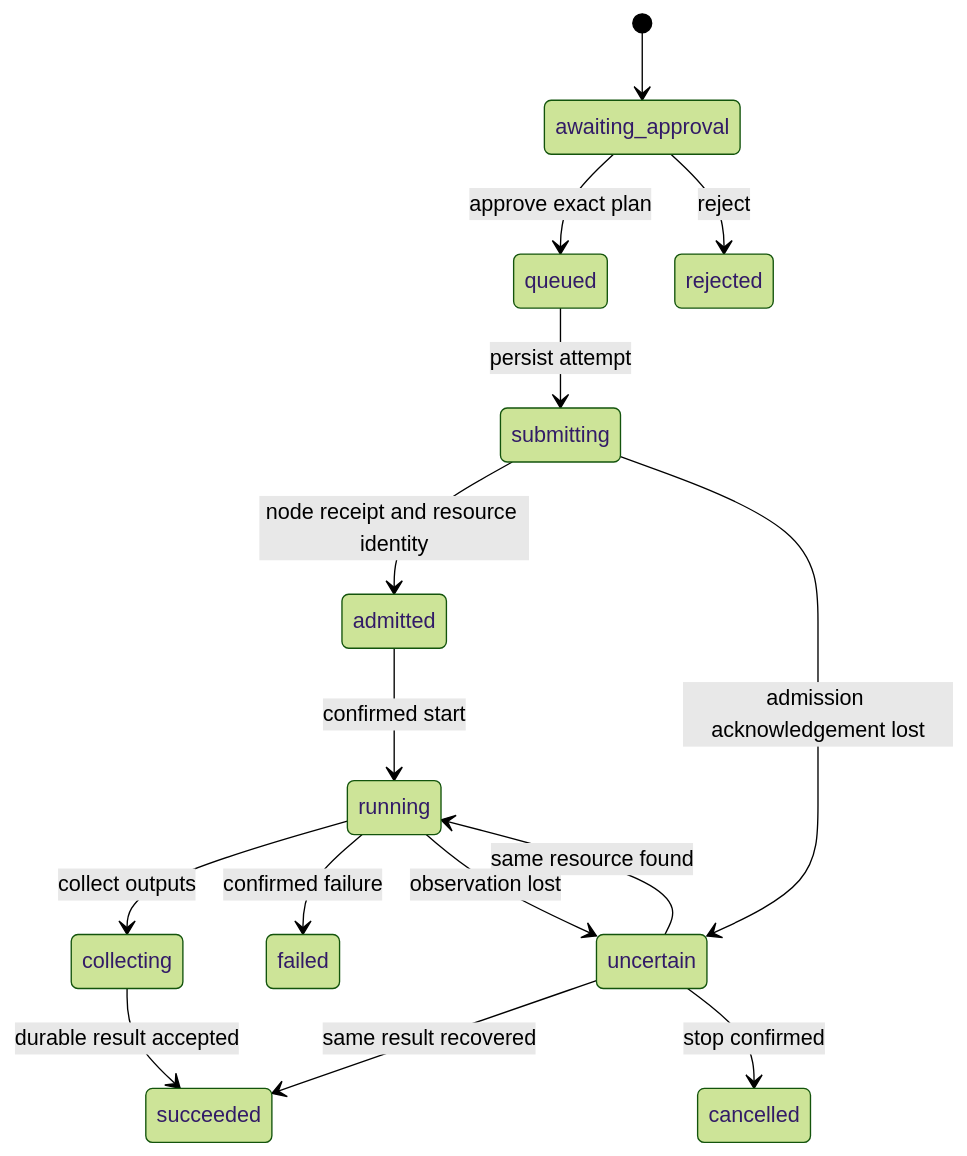
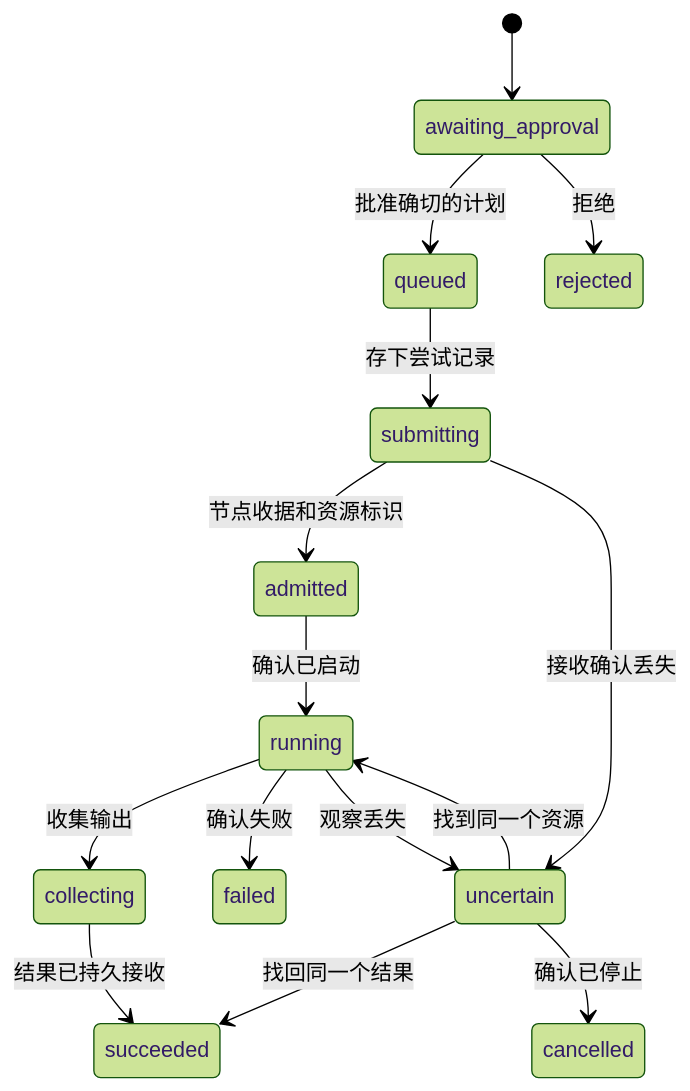
One commit to zypgo/personal-agent changed the diagram in docs/EXECUTION.md. Above: the diagram before and after it, drawn with Mermaid (forest theme). The commit also changed other lines of this file and 29 other files, not shown here.

````diff
--- a/docs/EXECUTION.md
+++ b/docs/EXECUTION.md
@@ -51,17 +51,17 @@
 ```mermaid
 stateDiagram-v2
     [*] --> awaiting_approval
-    awaiting_approval --> queued: approve exact plan
-    awaiting_approval --> rejected: reject
-    queued --> submitting: persist attempt
-    submitting --> admitted: node receipt and resource identity
-    admitted --> running: confirmed start
-    running --> collecting: collect outputs
-    collecting --> succeeded: durable result accepted
-    running --> failed: confirmed failure
-    running --> uncertain: observation lost
-    submitting --> uncertain: admission acknowledgement lost
-    uncertain --> running: same resource found
-    uncertain --> succeeded: same result recovered
-    uncertain --> cancelled: stop confirmed
+    awaiting_approval --> queued: 批准确切的计划
+    awaiting_approval --> rejected: 拒绝
+    queued --> submitting: 存下尝试记录
+    submitting --> admitted: 节点收据和资源标识
+    admitted --> running: 确认已启动
+    running --> collecting: 收集输出
+    collecting --> succeeded: 结果已持久接收
+    running --> failed: 确认失败
+    running --> uncertain: 观察丢失
+    submitting --> uncertain: 接收确认丢失
+    uncertain --> running: 找到同一个资源
+    uncertain --> succeeded: 找回同一个结果
+    uncertain --> cancelled: 确认已停止
 ```
````
